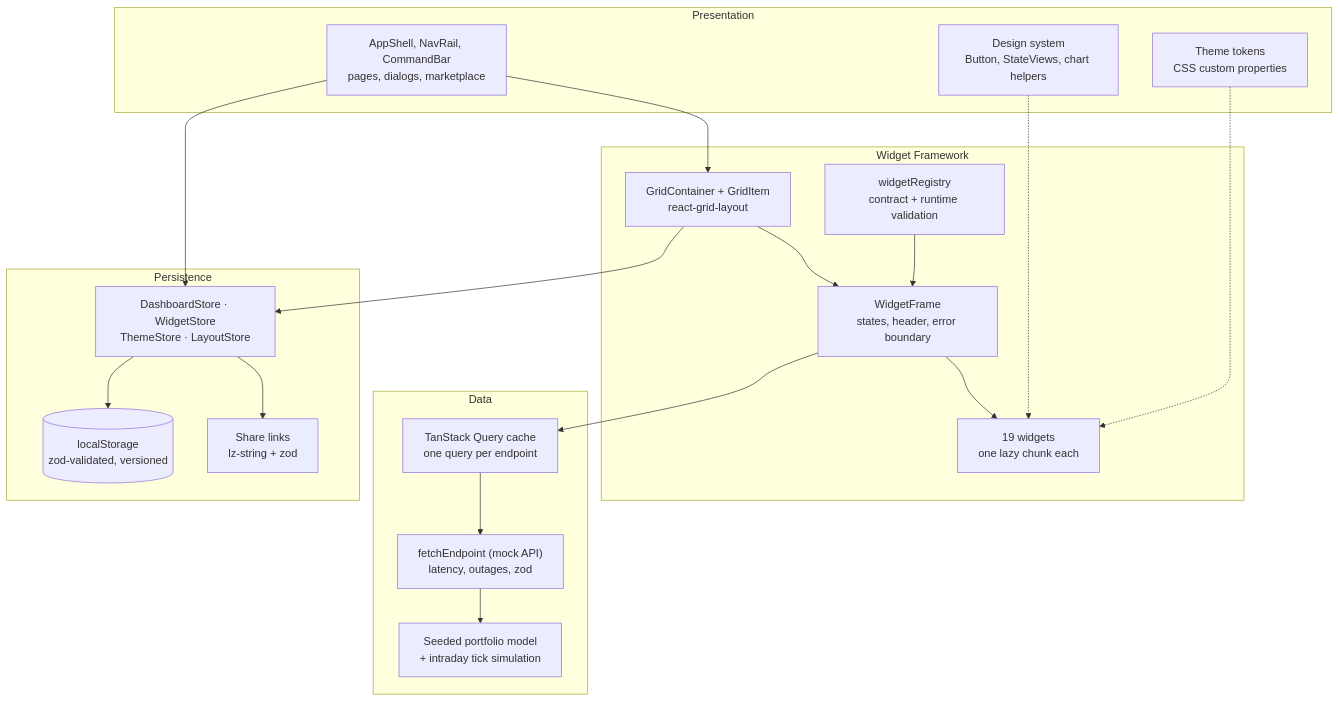
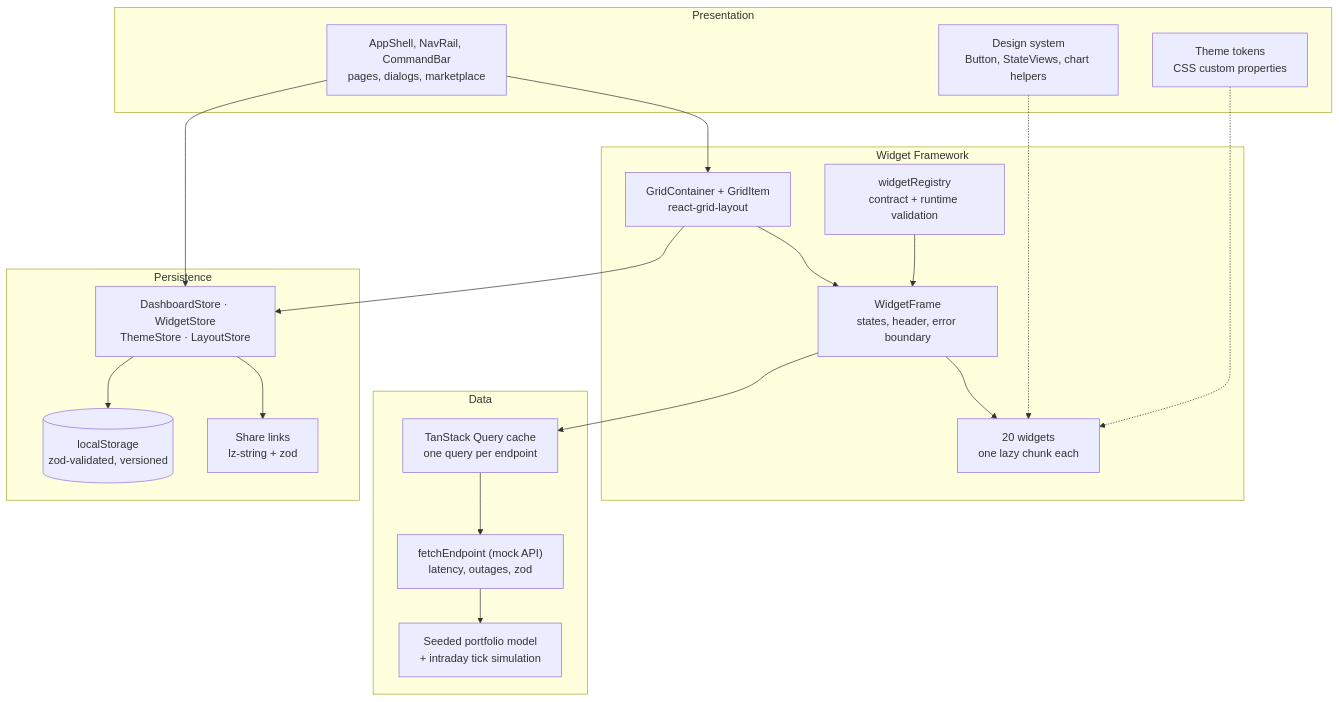
The first of 6 diagrams in docs/ARCHITECTURE.md (vaishnavibhagwat/Project-C), drawn with Mermaid before and after one commit. The commit also changed other lines of this file and 16 other files, not shown here.

````diff
--- a/docs/ARCHITECTURE.md
+++ b/docs/ARCHITECTURE.md
@@ -18,38 +18,38 @@
 ```mermaid
 flowchart TB
   subgraph P["Presentation"]
     shell["AppShell, NavRail, CommandBar<br/>pages, dialogs, marketplace"]
     ds["Design system<br/>Button, StateViews, chart helpers"]
     theme["Theme tokens<br/>CSS custom properties"]
   end
   subgraph W["Widget Framework"]
     registry["widgetRegistry<br/>contract + runtime validation"]
     grid["GridContainer + GridItem<br/>react-grid-layout"]
     frame["WidgetFrame<br/>states, header, error boundary"]
-    widgets["19 widgets<br/>one lazy chunk each"]
+    widgets["20 widgets<br/>one lazy chunk each"]
   end
   subgraph D["Data"]
     query["TanStack Query cache<br/>one query per endpoint"]
     api["fetchEndpoint (mock API)<br/>latency, outages, zod"]
     sim["Seeded portfolio model<br/>+ intraday tick simulation"]
   end
   subgraph S["Persistence"]
     stores["DashboardStore · WidgetStore<br/>ThemeStore · LayoutStore"]
     ls[("localStorage<br/>zod-validated, versioned")]
     share["Share links<br/>lz-string + zod"]
   end
 
   shell --> grid
   grid --> frame
   registry --> frame
   frame --> widgets
   frame --> query
   query --> api
   api --> sim
   shell --> stores
   grid --> stores
   stores --> ls
   stores --> share
   ds -.-> widgets
   theme -.-> widgets
 ```
````
